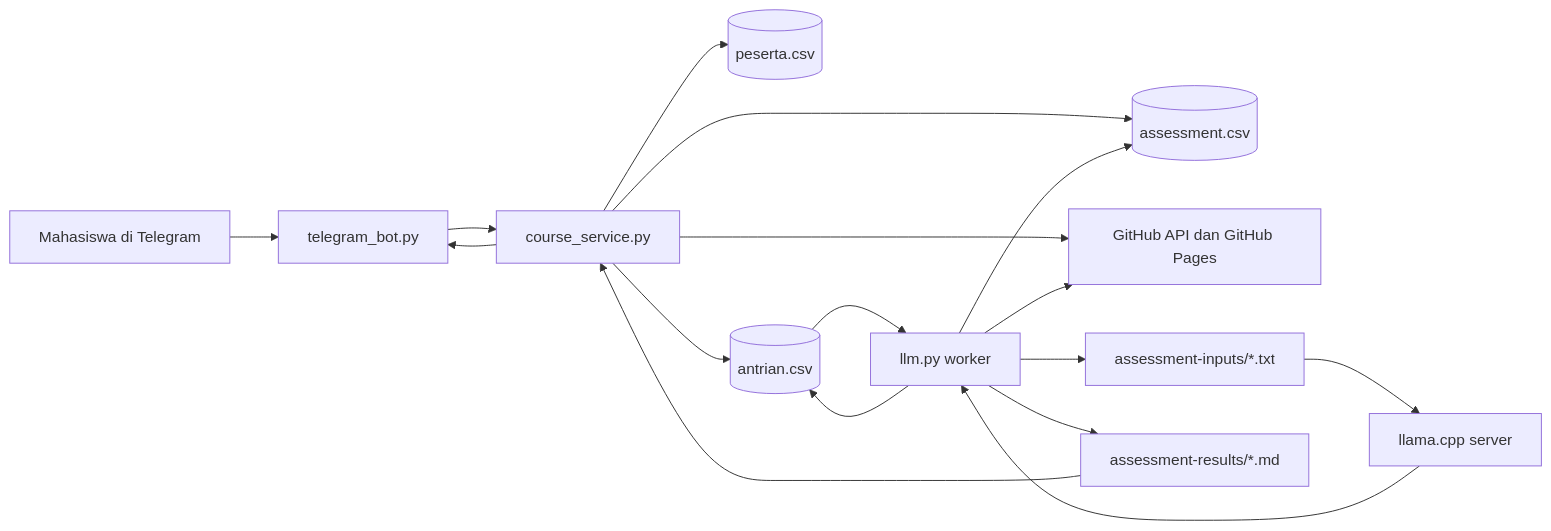
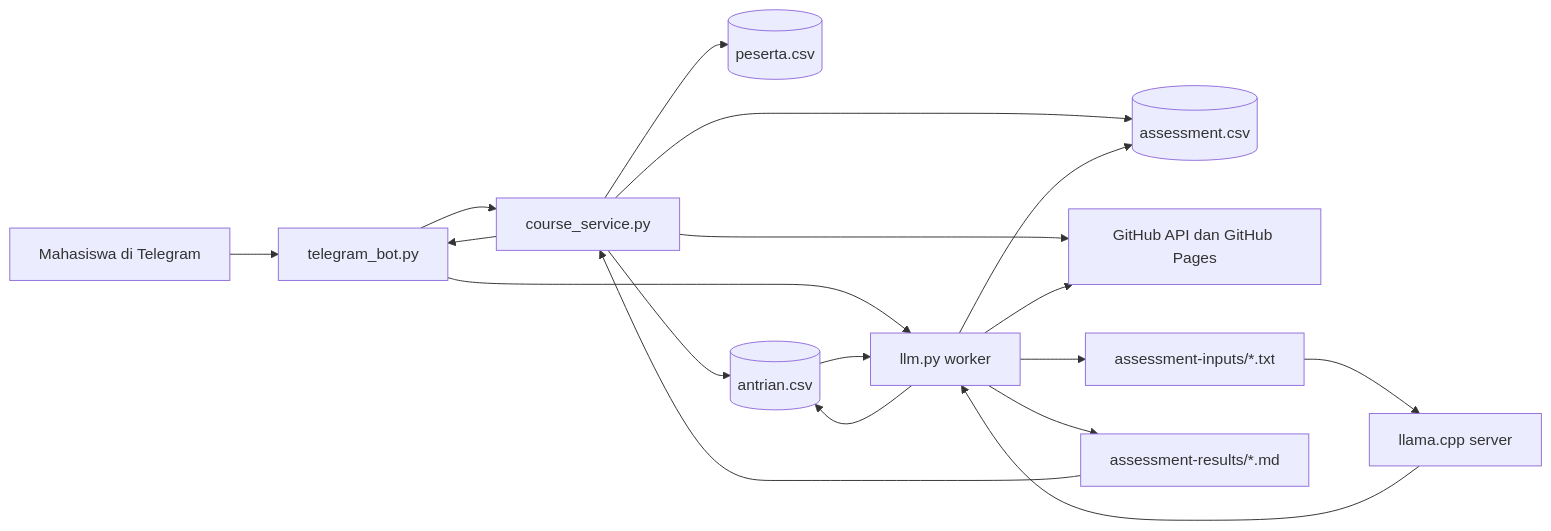
One commit to azral1962/II-2100-KIPP-2026 changed the first of 2 diagrams in KIPP-2026/technical-reference.qmd. Above: the diagram before and after it, drawn with Mermaid. The commit also changed other lines of this file and 7 other files, not shown here.

````diff
--- a/KIPP-2026/technical-reference.qmd
+++ b/KIPP-2026/technical-reference.qmd
@@ -10,19 +10,20 @@
 ```{mermaid}
 flowchart LR
     S[Mahasiswa di Telegram] --> T[telegram_bot.py]
     T --> C[course_service.py]
     C --> P[(peserta.csv)]
     C --> A[(assessment.csv)]
     C --> Q[(antrian.csv)]
     C --> G[GitHub API dan GitHub Pages]
-    Q --> W[llm.py worker]
+    T --> W[llm.py worker]
+    Q --> W
     W --> G
     W --> I[assessment-inputs/*.txt]
     I --> L[llama.cpp server]
     L --> W
     W --> R[assessment-results/*.md]
     W --> Q
     W --> A
     R --> C
     C --> T
 ```
````
